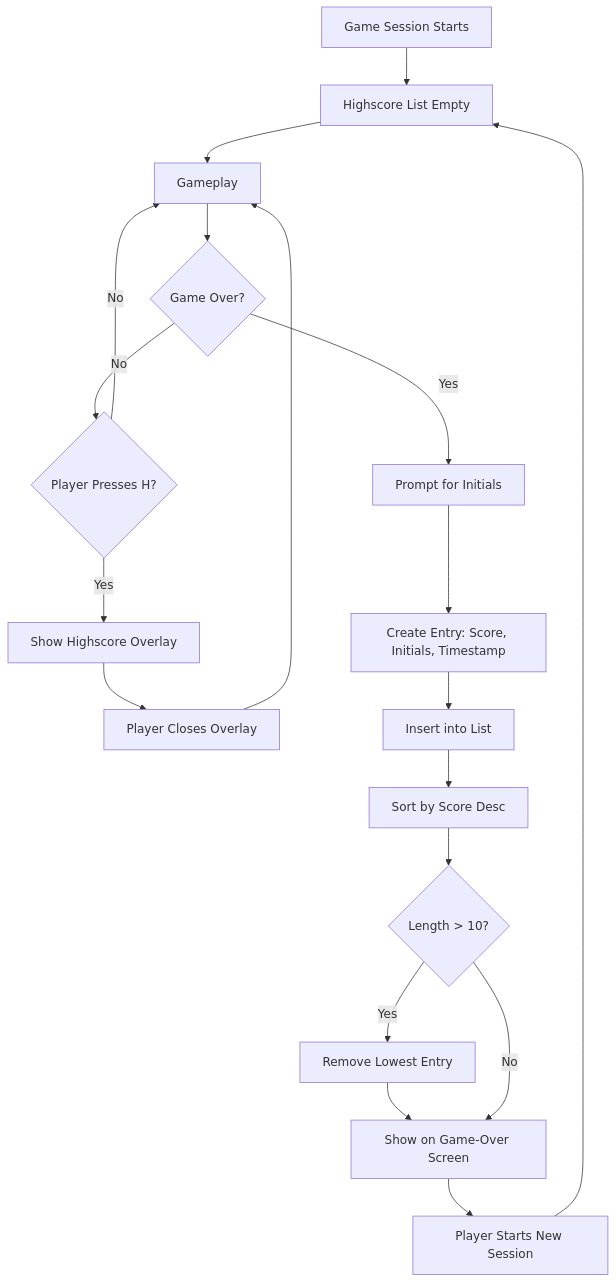
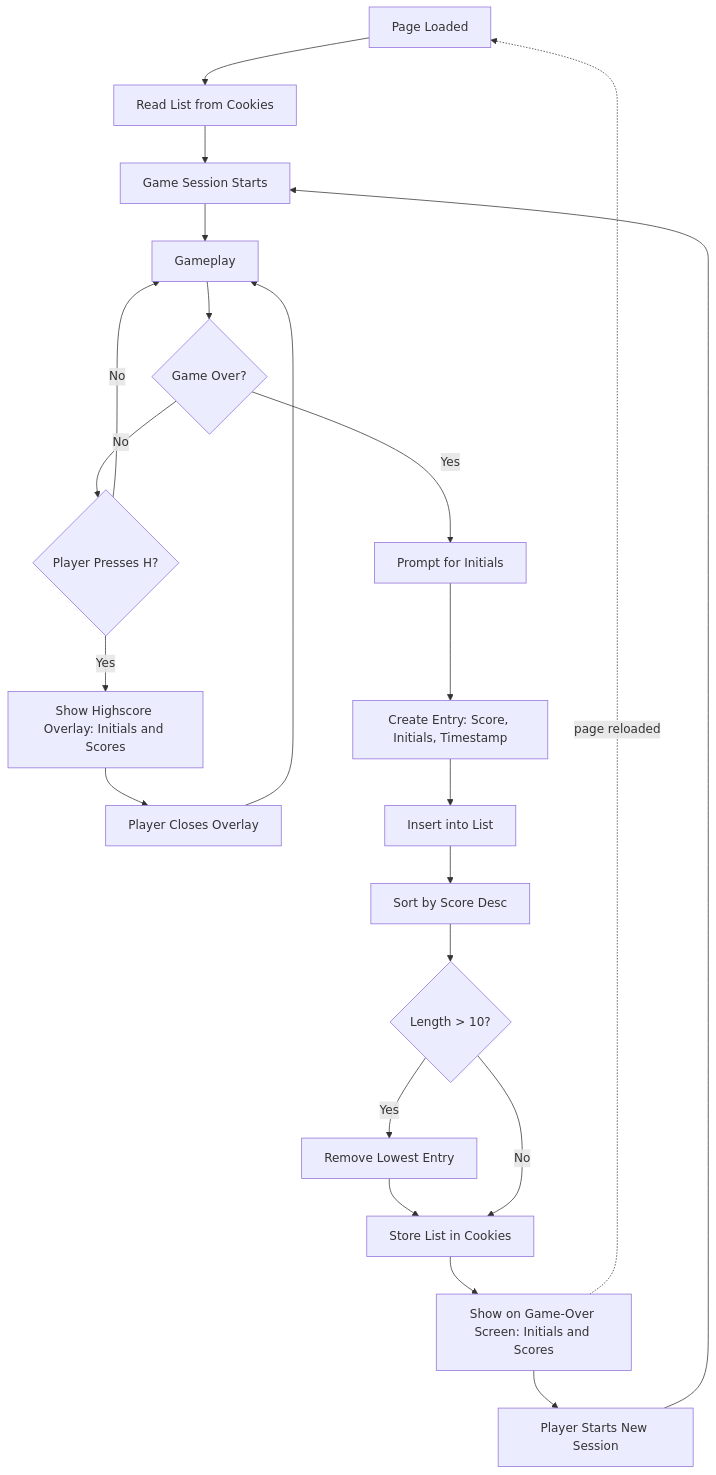
One commit to akmaier/AlienInvasion changed the diagram in docs/use-cases/UC-006-session-highscores-managed.md. Above: the diagram before and after it, drawn with Mermaid. The commit also changed other lines of this file and 4 other files, not shown here.

First line of the commit message:
Use cases follow SPEC entry 07: waves and a kept highscore list

````diff
--- a/docs/use-cases/UC-006-session-highscores-managed.md
+++ b/docs/use-cases/UC-006-session-highscores-managed.md
@@ -54,21 +61,24 @@
 ```mermaid
 flowchart TD
-    A[Game Session Starts] --> B[Highscore List Empty]
-    B --> C[Gameplay]
-    C --> D{Game Over?}
-    D -->|No| E{Player Presses H?}
-    E -->|Yes| F[Show Highscore Overlay]
-    F --> G[Player Closes Overlay]
-    G --> C
-    E -->|No| C
-    D -->|Yes| H[Prompt for Initials]
-    H --> I[Create Entry: Score, Initials, Timestamp]
-    I --> J[Insert into List]
-    J --> K[Sort by Score Desc]
-    K --> L{Length > 10?}
-    L -->|Yes| M[Remove Lowest Entry]
-    M --> N[Show on Game-Over Screen]
-    L -->|No| N
-    N --> O[Player Starts New Session]
-    O --> B
+    A[Page Loaded] --> B[Read List from Cookies]
+    B --> C[Game Session Starts]
+    C --> D[Gameplay]
+    D --> E{Game Over?}
+    E -->|No| F{Player Presses H?}
+    F -->|Yes| G[Show Highscore Overlay: Initials and Scores]
+    G --> H[Player Closes Overlay]
+    H --> D
+    F -->|No| D
+    E -->|Yes| I[Prompt for Initials]
+    I --> J[Create Entry: Score, Initials, Timestamp]
+    J --> K[Insert into List]
+    K --> L[Sort by Score Desc]
+    L --> M{Length > 10?}
+    M -->|Yes| N[Remove Lowest Entry]
+    N --> O[Store List in Cookies]
+    M -->|No| O
+    O --> P[Show on Game-Over Screen: Initials and Scores]
+    P --> Q[Player Starts New Session]
+    Q --> C
+    P -.page reloaded.-> A
 ```
````
